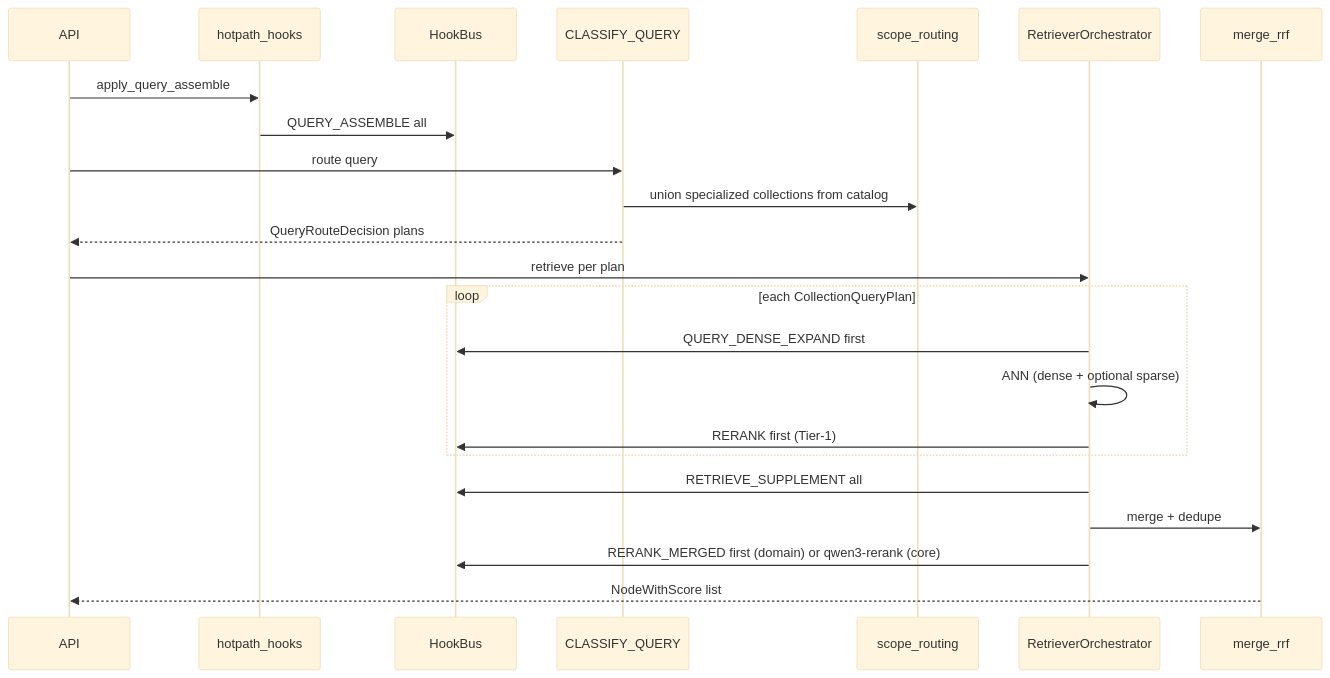
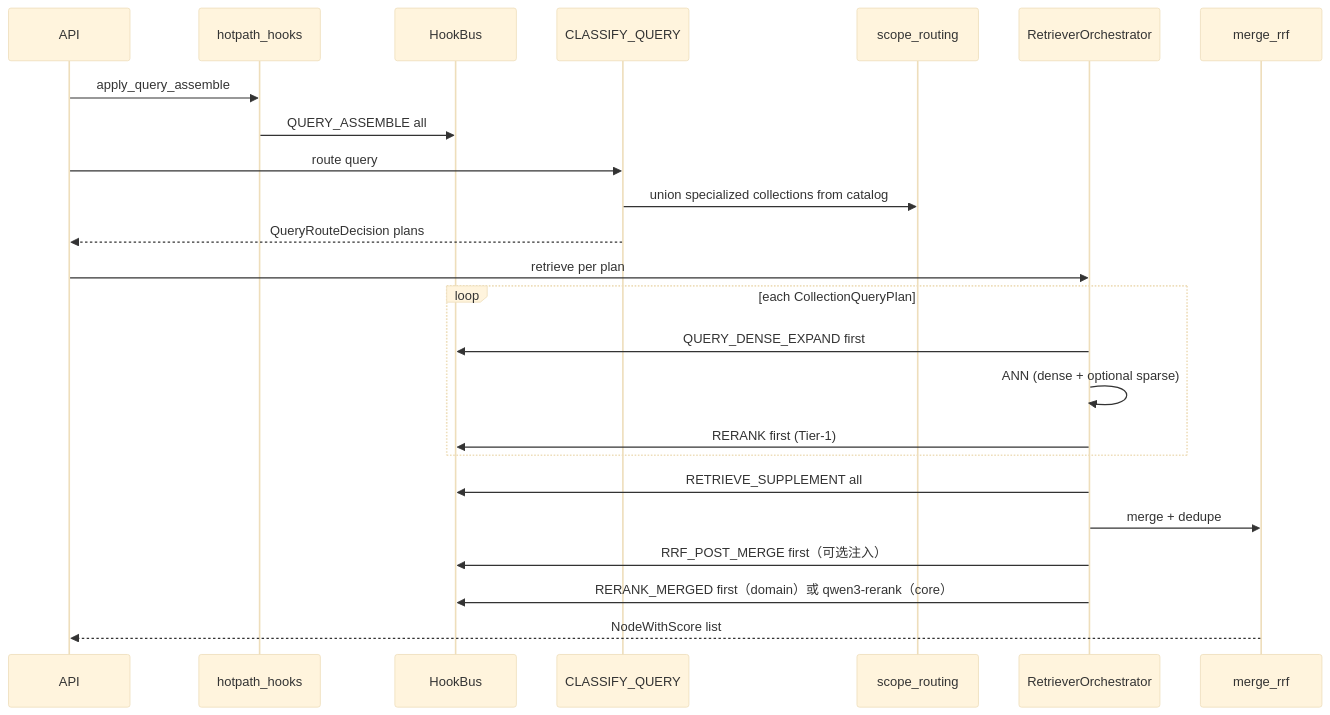
The fourth of 4 diagrams in docs/zh/architecture/plugin-architecture.md (zhiweio/EagleRAG), drawn with Mermaid (base theme) before and after one commit. The commit also changed other lines of this file and 12 other files, not shown here.

Commit message:
feat: update biomed retrieval architecture and documentation

````diff
--- a/docs/zh/architecture/plugin-architecture.md
+++ b/docs/zh/architecture/plugin-architecture.md
@@ -290,26 +291,27 @@
 ```mermaid
 sequenceDiagram
   participant API
   participant HotPath as hotpath_hooks
   participant Bus as HookBus
   participant Class as CLASSIFY_QUERY
   participant Scope as scope_routing
   participant Orch as RetrieverOrchestrator
   participant RRF as merge_rrf
 
   API->>HotPath: apply_query_assemble
   HotPath->>Bus: QUERY_ASSEMBLE all
   API->>Class: route query
   Class->>Scope: union specialized collections from catalog
   Class-->>API: QueryRouteDecision plans
   API->>Orch: retrieve per plan
   loop each CollectionQueryPlan
     Orch->>Bus: QUERY_DENSE_EXPAND first
     Orch->>Orch: ANN (dense + optional sparse)
     Orch->>Bus: RERANK first (Tier-1)
   end
   Orch->>Bus: RETRIEVE_SUPPLEMENT all
   Orch->>RRF: merge + dedupe
-  Orch->>Bus: RERANK_MERGED first (domain) or qwen3-rerank (core)
+  Orch->>Bus: RRF_POST_MERGE first（可选注入）
+  Orch->>Bus: RERANK_MERGED first（domain）或 qwen3-rerank（core）
   RRF-->>API: NodeWithScore list
 ```
````
